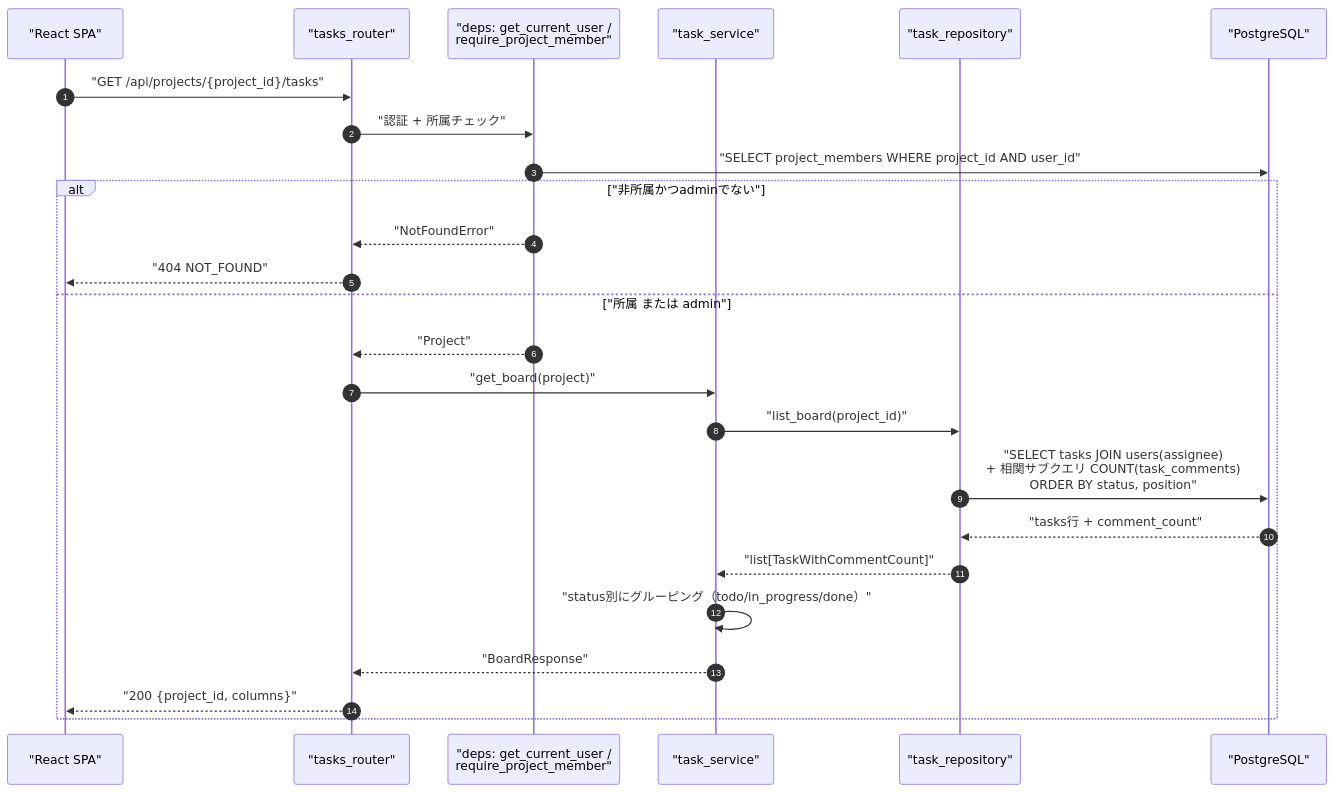
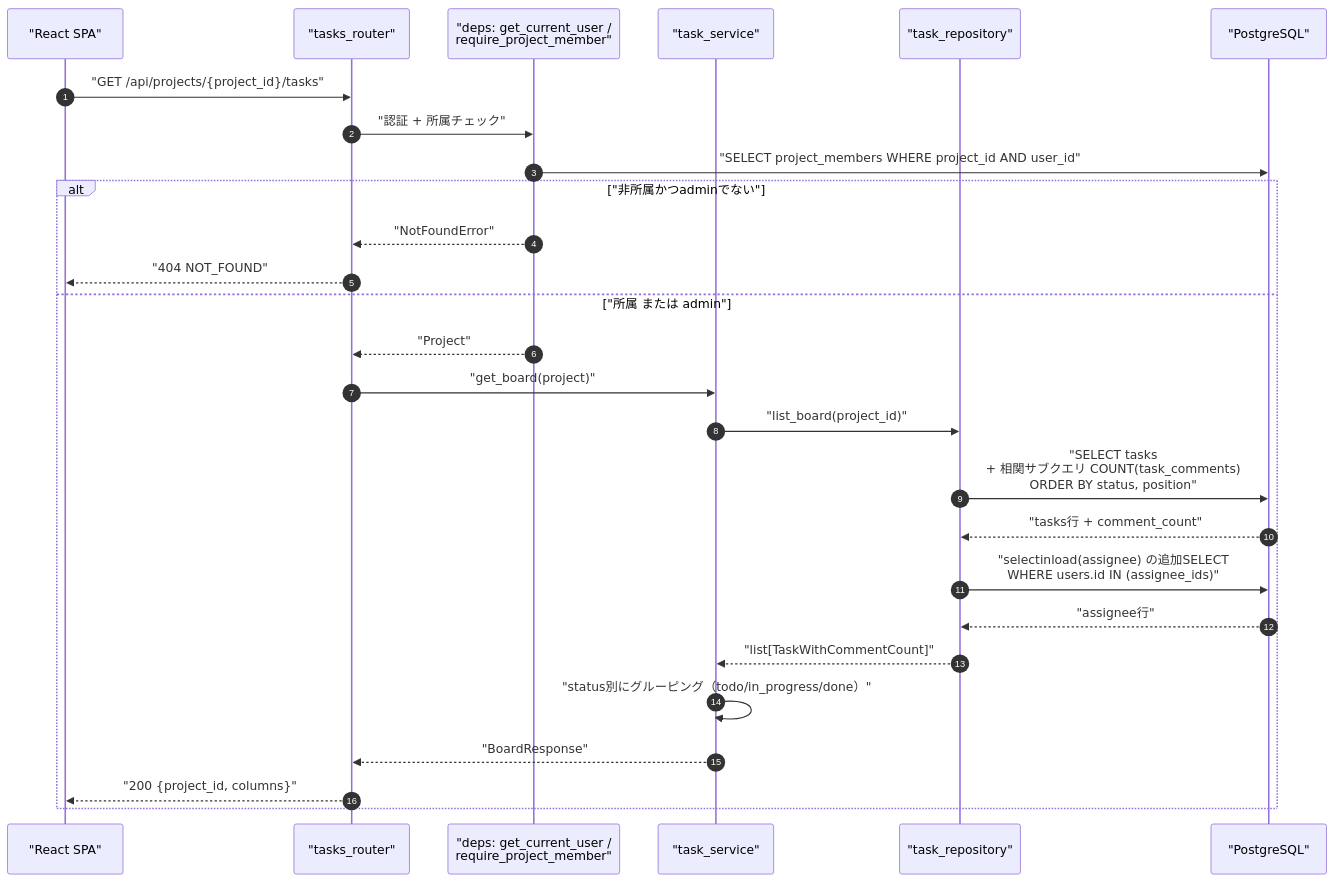
Before and after one commit to oikawa-d/task_management: the first of 4 diagrams in detailed_design/api/tasks/01_get_project_tasks.md, drawn with Mermaid. The commit also changed other lines of this file and 22 other files, not shown here.

````diff
--- a/detailed_design/api/tasks/01_get_project_tasks.md
+++ b/detailed_design/api/tasks/01_get_project_tasks.md
@@ -111,28 +111,30 @@
 ```mermaid
 sequenceDiagram
     autonumber
     participant FE as "React SPA"
     participant R as "tasks_router"
     participant D as "deps: get_current_user /<br/>require_project_member"
     participant S as "task_service"
     participant TR as "task_repository"
     participant PG as "PostgreSQL"
 
     FE->>R: "GET /api/projects/{project_id}/tasks"
     R->>D: "認証 + 所属チェック"
     D->>PG: "SELECT project_members WHERE project_id AND user_id"
     alt "非所属かつadminでない"
         D-->>R: "NotFoundError"
         R-->>FE: "404 NOT_FOUND"
     else "所属 または admin"
         D-->>R: "Project"
         R->>S: "get_board(project)"
         S->>TR: "list_board(project_id)"
-        TR->>PG: "SELECT tasks JOIN users(assignee)<br/>+ 相関サブクエリ COUNT(task_comments)<br/>ORDER BY status, position"
+        TR->>PG: "SELECT tasks<br/>+ 相関サブクエリ COUNT(task_comments)<br/>ORDER BY status, position"
         PG-->>TR: "tasks行 + comment_count"
+        TR->>PG: "selectinload(assignee) の追加SELECT<br/>WHERE users.id IN (assignee_ids)"
+        PG-->>TR: "assignee行"
         TR-->>S: "list[TaskWithCommentCount]"
         S->>S: "status別にグルーピング（todo/in_progress/done）"
         S-->>R: "BoardResponse"
         R-->>FE: "200 {project_id, columns}"
     end
 ```
````
